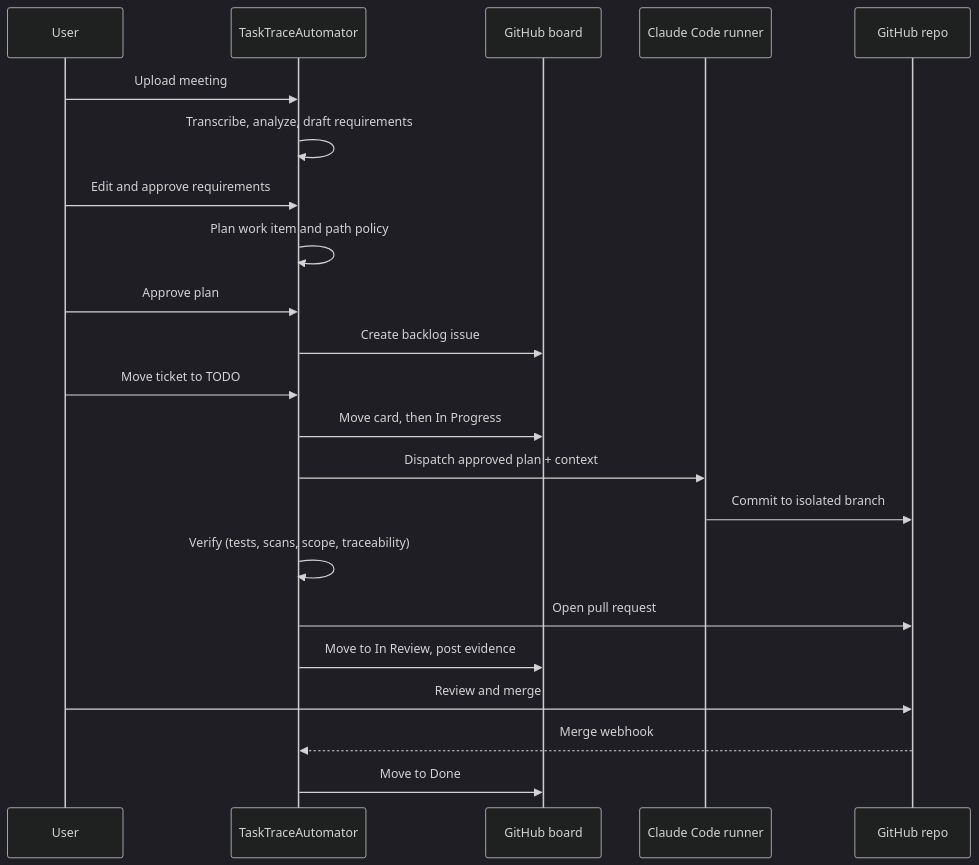
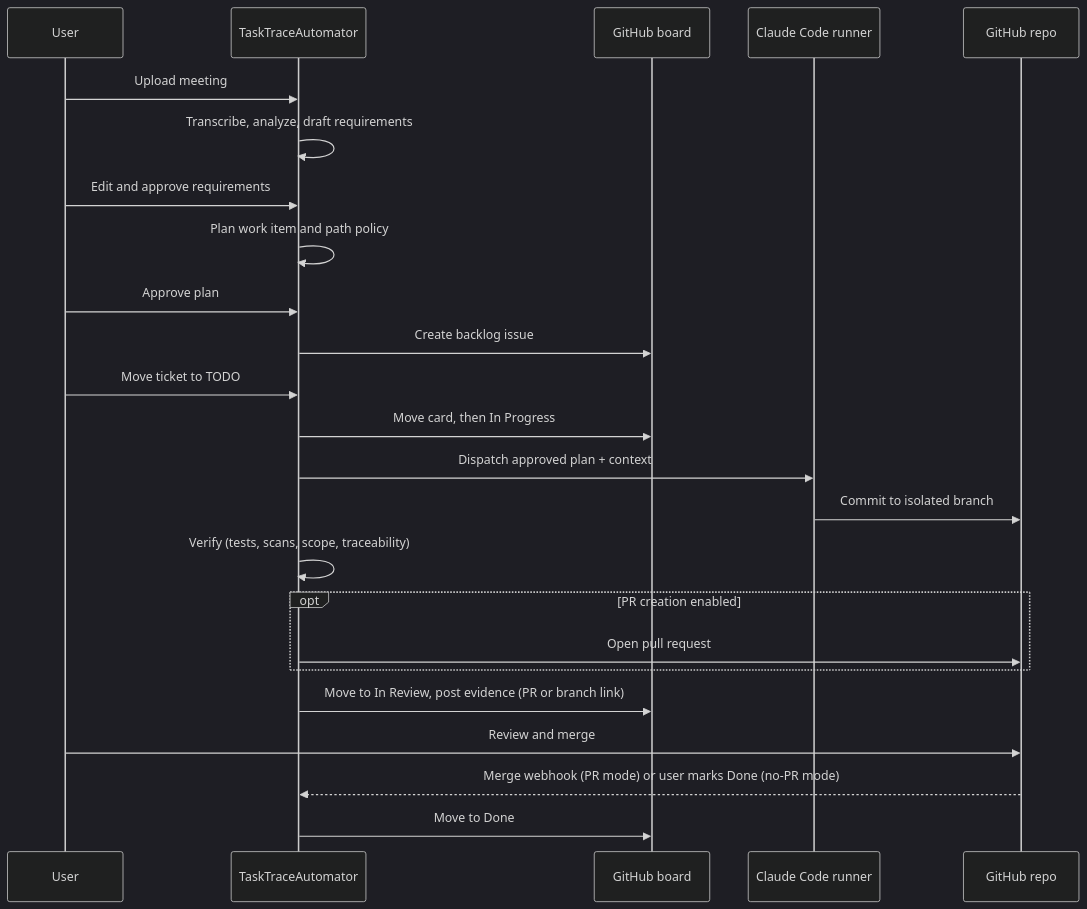
One commit to yasmin-poc-works/tasktraceautomator changed the second of 2 diagrams in project_plan_and _architecture/task_trace_automator_hld.md. Above: the diagram before and after it, drawn with Mermaid (dark theme). The commit also changed other lines of this file and 2 other files, not shown here.

Commit message:
Draft V1

````diff
--- a/project_plan_and _architecture/task_trace_automator_hld.md
+++ b/project_plan_and _architecture/task_trace_automator_hld.md
@@ -85,25 +85,27 @@
 ```mermaid
 sequenceDiagram
     participant U as User
     participant T as TaskTraceAutomator
     participant B as GitHub board
     participant C as Claude Code runner
     participant R as GitHub repo
 
     U->>T: Upload meeting
     T->>T: Transcribe, analyze, draft requirements
     U->>T: Edit and approve requirements
     T->>T: Plan work item and path policy
     U->>T: Approve plan
     T->>B: Create backlog issue
     U->>T: Move ticket to TODO
     T->>B: Move card, then In Progress
     T->>C: Dispatch approved plan + context
     C->>R: Commit to isolated branch
     T->>T: Verify (tests, scans, scope, traceability)
-    T->>R: Open pull request
-    T->>B: Move to In Review, post evidence
+    opt PR creation enabled
+        T->>R: Open pull request
+    end
+    T->>B: Move to In Review, post evidence (PR or branch link)
     U->>R: Review and merge
-    R-->>T: Merge webhook
+    R-->>T: Merge webhook (PR mode) or user marks Done (no-PR mode)
     T->>B: Move to Done
 ```
````
